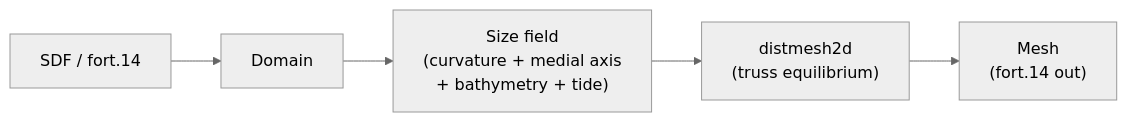
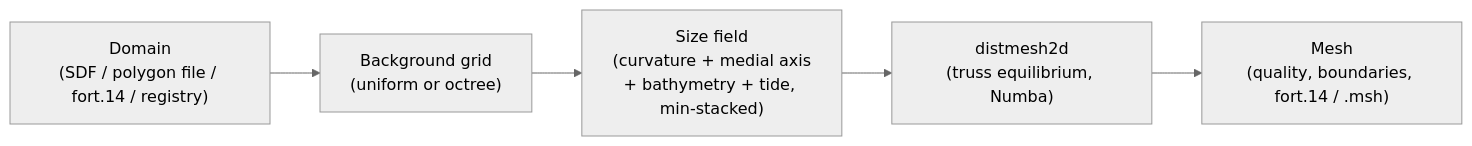
One commit to domattioli/ADMESH changed the diagram in README.md. Above: the diagram before and after it, drawn with Mermaid (neutral theme). The commit also changed other lines of this file and 7 other files, not shown here.

````diff
--- a/README.md
+++ b/README.md
@@ -103,7 +142,7 @@
 ```mermaid
 flowchart LR
-    A["SDF / fort.14"] --> B["Domain"]
-    B --> C["Size field<br>(curvature + medial axis<br>+ bathymetry + tide)"]
-    C --> D["distmesh2d<br>(truss equilibrium)"]
-    D --> E["Mesh<br>(fort.14 out)"]
+    A["Domain<br>(SDF / polygon file / fort.14 / registry)"] --> B["Background grid<br>(uniform or octree)"]
+    B --> C["Size field<br>(curvature + medial axis<br>+ bathymetry + tide, min-stacked)"]
+    C --> D["distmesh2d<br>(truss equilibrium, Numba)"]
+    D --> E["Mesh<br>(quality, boundaries, fort.14 / .msh)"]
 ```
````
